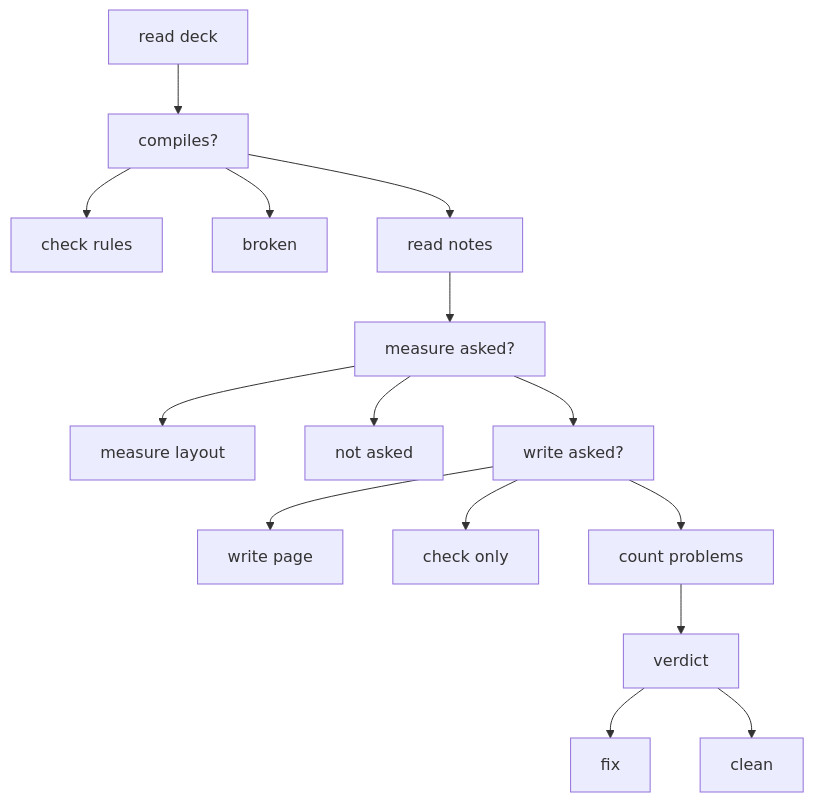
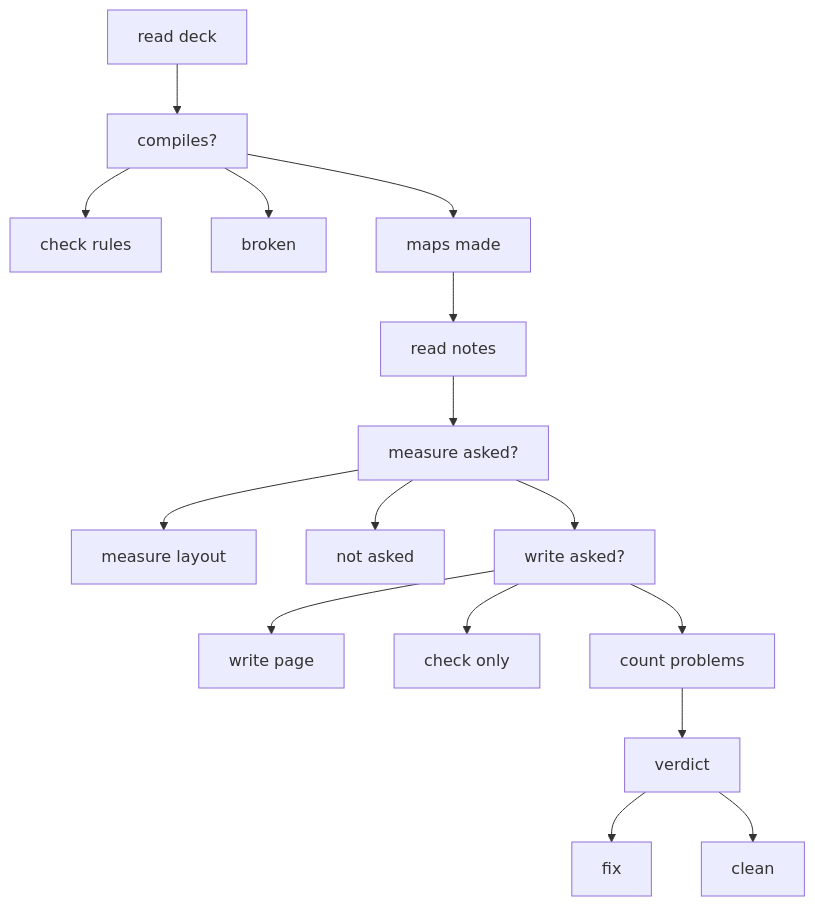
The first of 2 diagrams in deck/run/README.md (footprintjs/storydeck), drawn with Mermaid before and after one commit. The commit also changed 13 other files, not shown here.

````diff
--- a/deck/run/README.md
+++ b/deck/run/README.md
@@ -38,32 +38,34 @@
 ```mermaid
 flowchart TD
 read_deck["read deck"]
 read_deck --> compiles
 compiles["compiles?"]
 compiles --> check_rules
 check_rules["check rules"]
 compiles --> broken
 broken["broken"]
-compiles --> read_notes
+compiles --> maps_made
+maps_made["maps made"]
+maps_made --> read_notes
 read_notes["read notes"]
 read_notes --> measure_asked
 measure_asked["measure asked?"]
 measure_asked --> measure
 measure["measure layout"]
 measure_asked --> not_asked
 not_asked["not asked"]
 measure_asked --> writes
 writes["write asked?"]
 writes --> write_page
 write_page["write page"]
 writes --> check_only
 check_only["check only"]
 writes --> count_problems
 count_problems["count problems"]
 count_problems --> verdict
 verdict["verdict"]
 verdict --> fix
 fix["fix"]
 verdict --> clean
 clean["clean"]
 ```
````
